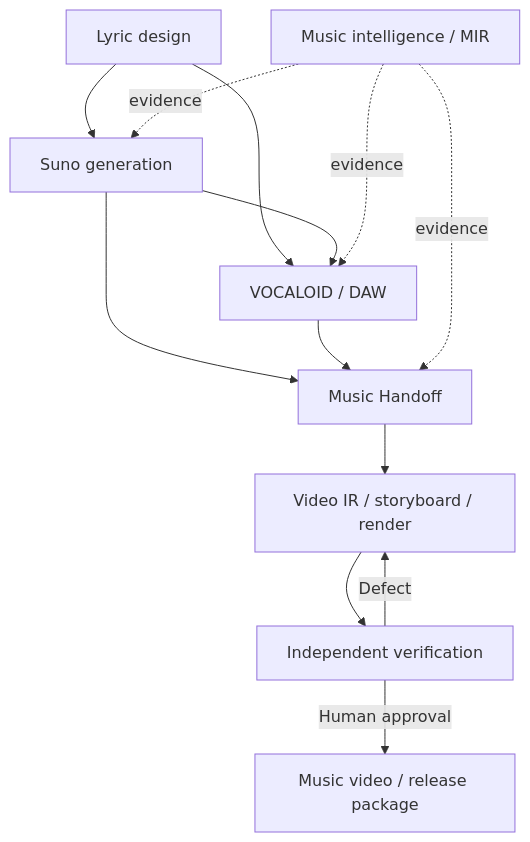
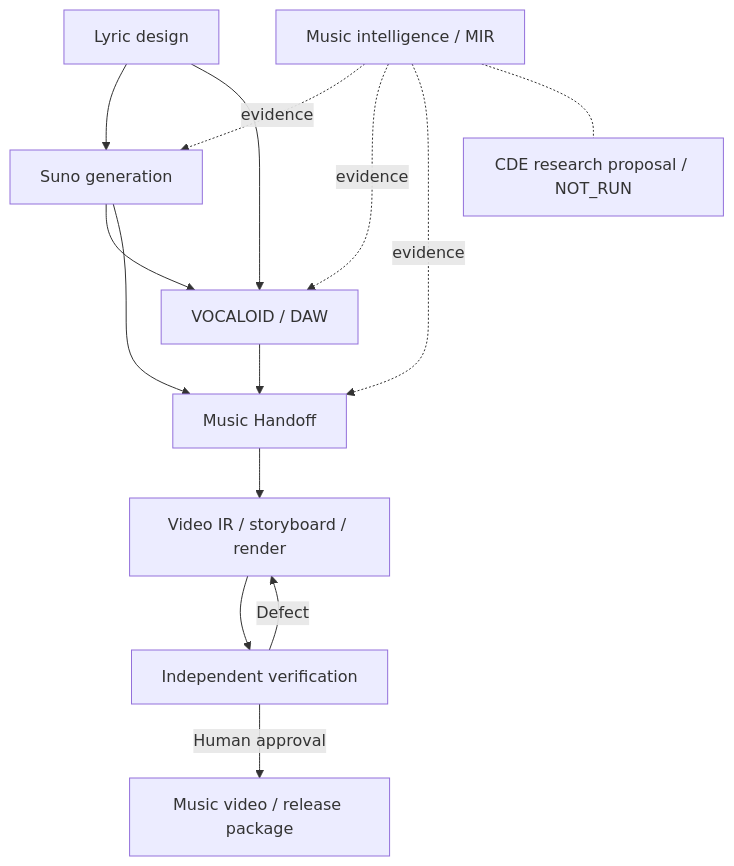
One commit to Gacky-Lab/AI-MUSIC-VIDEO-STUDIO changed the diagram in docs/profile/README.md. Above: the diagram before and after it, drawn with Mermaid. The commit also changed other lines of this file, not shown here.

Commit message:
docs(portfolio): reflect CDE research proposal

````diff
--- a/docs/profile/README.md
+++ b/docs/profile/README.md
@@ -19,15 +29,16 @@
 ```mermaid
 flowchart TD
   L["Lyric design"] --> S["Suno generation"]
   L --> V["VOCALOID / DAW"]
   S --> V
   S --> H["Music Handoff"]
   V --> H
   I["Music intelligence / MIR"] -. evidence .-> S
   I -. evidence .-> V
   I -. evidence .-> H
+  I -.- CDE["CDE research proposal / NOT_RUN"]
   H --> M["Video IR / storyboard / render"]
   M --> Q["Independent verification"]
   Q -->|Human approval| E["Music video / release package"]
   Q -->|Defect| M
 ```
````
